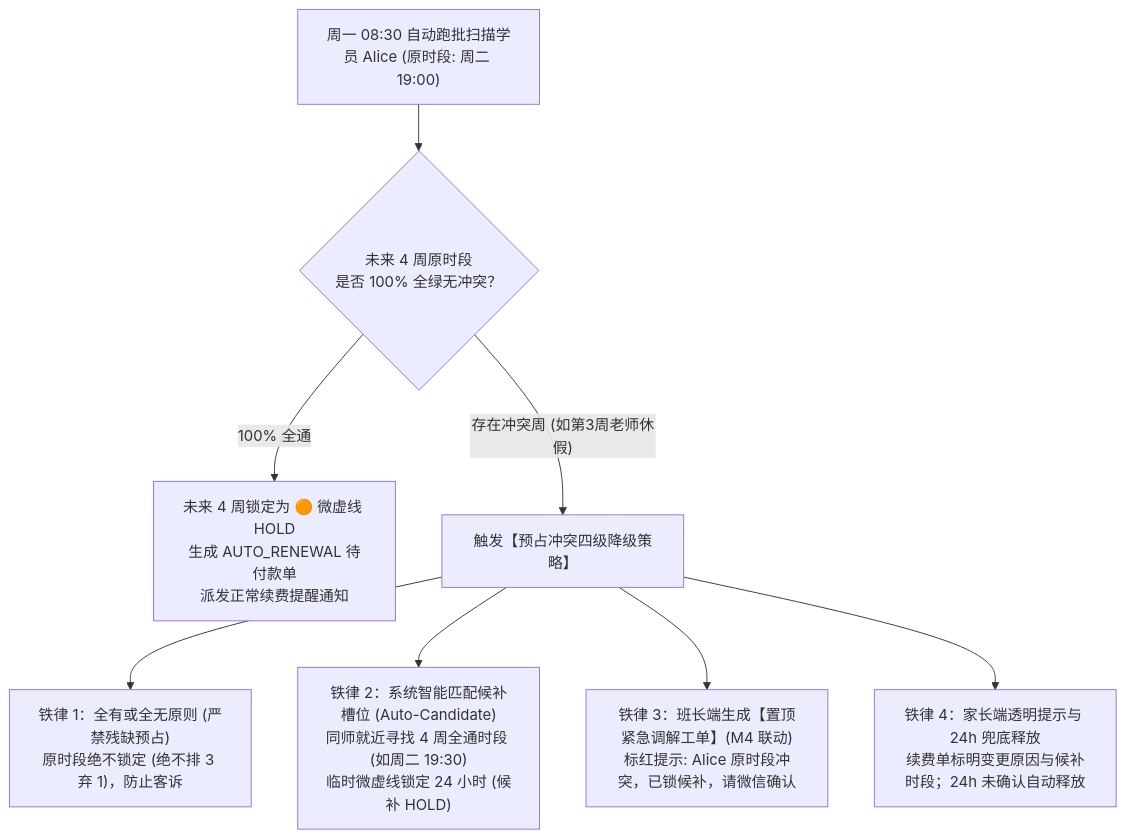
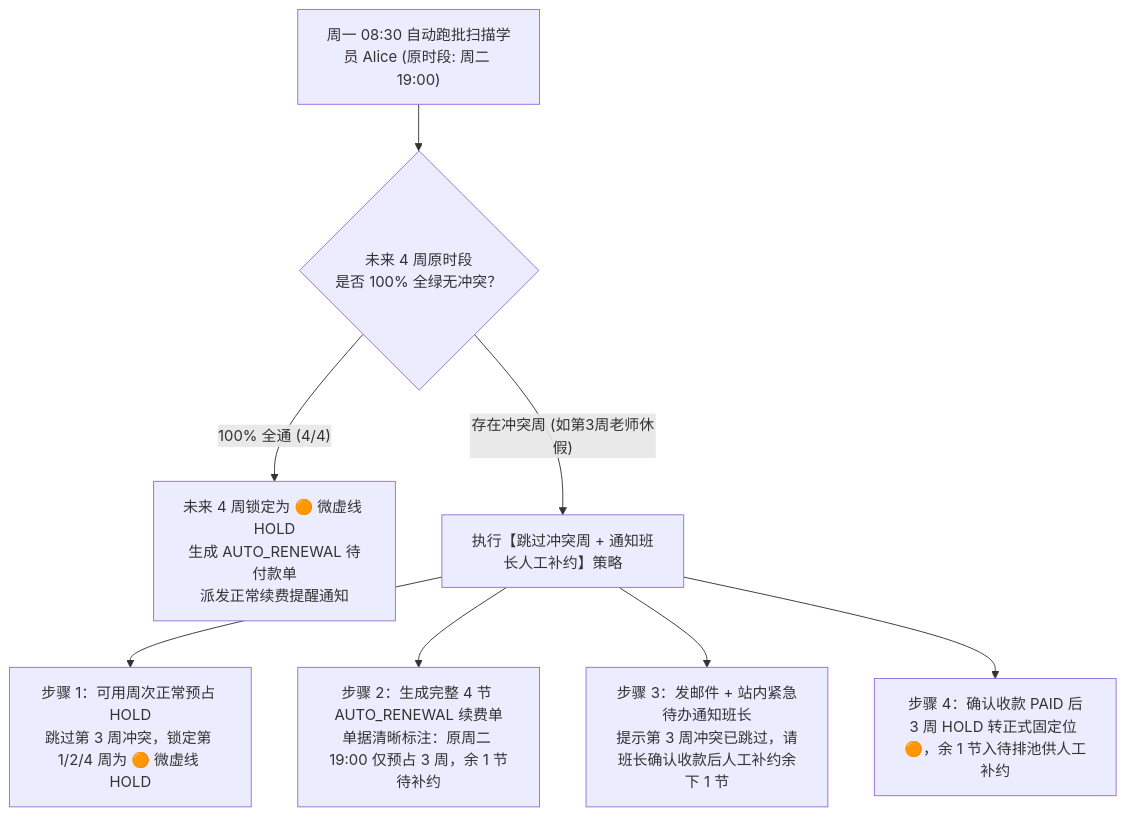
Before and after one commit to Onezao/dream: the diagram in docs/prd/m3d_course_scheduling.md, drawn with Mermaid. The commit also changed other lines of this file and 27 other files, not shown here.

````diff
--- a/docs/prd/m3d_course_scheduling.md
+++ b/docs/prd/m3d_course_scheduling.md
@@ -174,13 +218,13 @@
 ```mermaid
 flowchart TD
     Run["周一 08:30 自动跑批扫描学员 Alice (原时段: 周二 19:00)"] --> Check{"未来 4 周原时段<br>是否 100% 全绿无冲突？"}
     
-    Check -- "100% 全通" --> Normal["未来 4 周锁定为 🟠 微虚线 HOLD<br>生成 AUTO_RENEWAL 待付款单<br>派发正常续费提醒通知"]
+    Check -- "100% 全通 (4/4)" --> Normal["未来 4 周锁定为 🟠 微虚线 HOLD<br>生成 AUTO_RENEWAL 待付款单<br>派发正常续费提醒通知"]
     
-    Check -- "存在冲突周 (如第3周老师休假)" --> Fallback["触发【预占冲突四级降级策略】"]
+    Check -- "存在冲突周 (如第3周老师休假)" --> Skip["执行【跳过冲突周 + 通知班长人工补约】策略"]
     
-    Fallback --> T1["铁律 1：全有或全无原则 (严禁残缺预占)<br>原时段绝不锁定 (绝不排 3 弃 1)，防止客诉"]
-    Fallback --> T2["铁律 2：系统智能匹配候补槽位 (Auto-Candidate)<br>同师就近寻找 4 周全通时段 (如周二 19:30)<br>临时微虚线锁定 24 小时 (候补 HOLD)"]
-    Fallback --> T3["铁律 3：班长端生成【置顶紧急调解工单】(M4 联动)<br>标红提示: Alice 原时段冲突，已锁候补，请微信确认"]
-    Fallback --> T4["铁律 4：家长端透明提示与 24h 兜底释放<br>续费单标明变更原因与候补时段；24h 未确认自动释放"]
+    Skip --> S1["步骤 1：可用周次正常预占 HOLD<br>跳过第 3 周冲突，锁定第 1/2/4 周为 🟠 微虚线 HOLD"]
+    Skip --> S2["步骤 2：生成完整 4 节 AUTO_RENEWAL 续费单<br>单据清晰标注：原周二 19:00 仅预占 3 周，余 1 节待补约"]
+    Skip --> S3["步骤 3：发邮件 + 站内紧急待办通知班长<br>提示第 3 周冲突已跳过，请班长确认收款后人工补约余下 1 节"]
+    Skip --> S4["步骤 4：确认收款 PAID 后<br>3 周 HOLD 转正式固定位 🟠，余 1 节入待排池供人工补约"]
 ```
````
